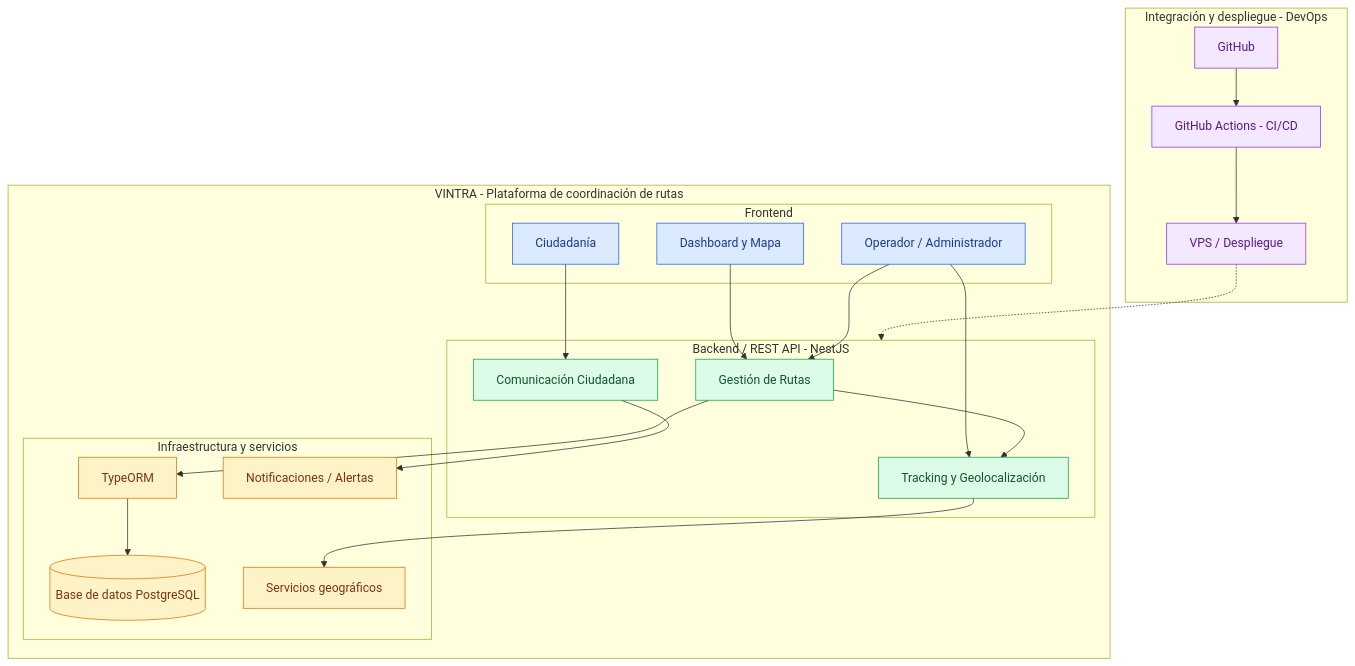
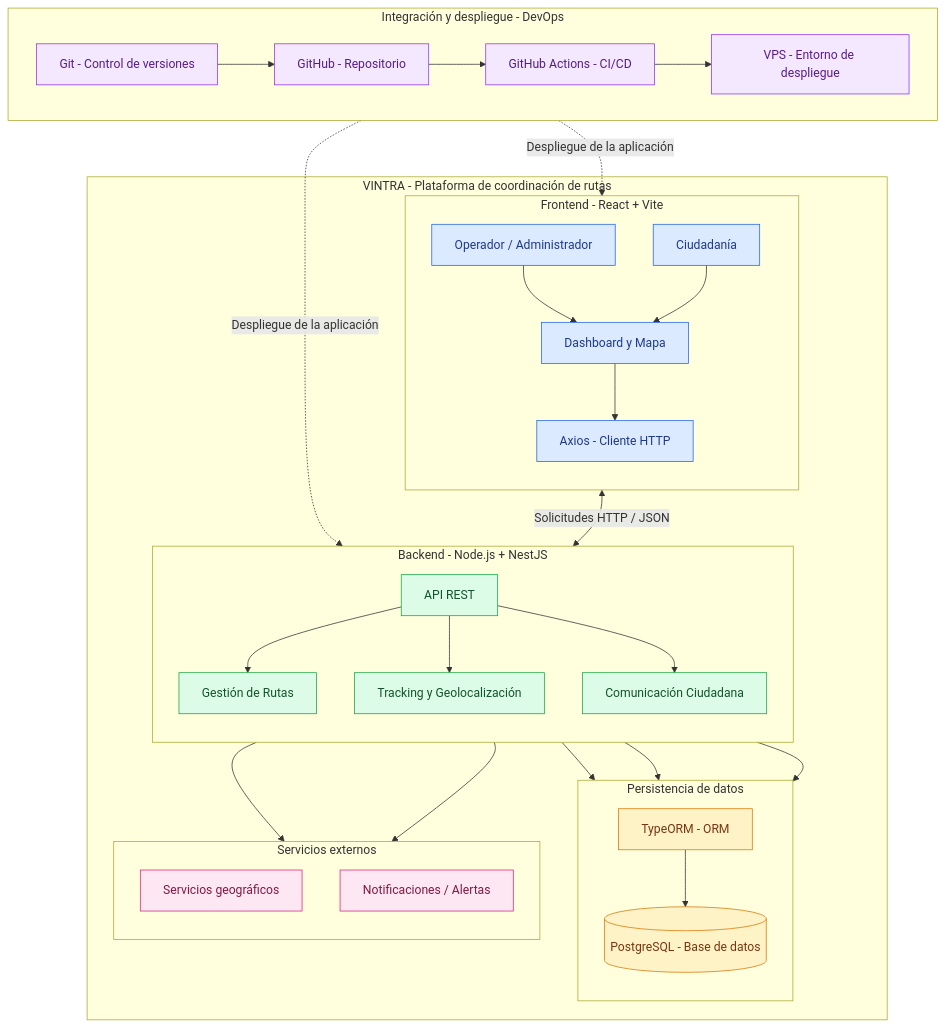
Before and after one commit to Univalle-P-I/VINTRA: the diagram in docs/arquitectura/README.md, drawn with Mermaid. The commit also changed other lines of this file, not shown here.

````diff
--- a/docs/arquitectura/README.md
+++ b/docs/arquitectura/README.md
@@ -86,58 +105,80 @@
 ```mermaid
 flowchart TB
 
     subgraph SISTEMA["VINTRA - Plataforma de coordinación de rutas"]
 
-        subgraph FRONTEND["Frontend"]
+        subgraph FRONTEND["Frontend - React + Vite"]
+            direction TB
             F1["Dashboard y Mapa"]
             F2["Operador / Administrador"]
             F3["Ciudadanía"]
+            F4["Axios - Cliente HTTP"]
+            
+            F1 --> F4
+            F2 --> F1
+            F3 --> F1
         end
 
-        subgraph BACKEND["Backend / REST API - NestJS"]
+        subgraph BACKEND["Backend - Node.js + NestJS"]
+            direction TB
+            B0["API REST"]
             B1["Gestión de Rutas"]
             B2["Tracking y Geolocalización"]
             B3["Comunicación Ciudadana"]
+
+            B0 --> B1
+            B0 --> B2
+            B0 --> B3
         end
 
-        subgraph INFRA["Infraestructura y servicios"]
-            D1[("Base de datos PostgreSQL")]
-            D2["TypeORM"]
-            D3["Servicios geográficos"]
-            D4["Notificaciones / Alertas"]
+        subgraph PERSISTENCIA["Persistencia de datos"]
+            direction TB
+            D1["TypeORM - ORM"]
+            D2[("PostgreSQL - Base de datos")]
+            D1 --> D2
         end
+
+        subgraph SERVICIOS["Servicios externos"]
+            direction TB
+            S1["Servicios geográficos"]
+            S2["Notificaciones / Alertas"]
+        end
+
+        F4 <-->|"Solicitudes HTTP / JSON"| B0
+
+        B1 --> D1
+        B2 --> D1
+        B3 --> D1
+
+        B2 --> S1
+        B3 --> S2
 
     end
 
     subgraph DEVOPS["Integración y despliegue - DevOps"]
-        C1["GitHub"]
-        C2["GitHub Actions - CI/CD"]
-        C3["VPS / Despliegue"]
+        direction LR
+        C1["Git - Control de versiones"]
+        C2["GitHub - Repositorio"]
+        C3["GitHub Actions - CI/CD"]
+        C4["VPS - Entorno de despliegue"]
+
+        C1 --> C2
+        C2 --> C3
+        C3 --> C4
     end
 
-    F1 --> B1
-    F2 --> B1
-    F2 --> B2
-    F3 --> B3
-
-    B1 --> B2
-    B1 --> D2
-    B2 --> D3
-    B3 --> D4
-
-    D2 --> D1
-
-    C1 --> C2
-    C2 --> C3
-    C3 -.-> BACKEND
+    C4 -.->|"Despliegue de la aplicación"| FRONTEND
+    C4 -.->|"Despliegue de la aplicación"| BACKEND
 
     classDef frontend fill:#dbeafe,stroke:#2563eb,color:#1e3a8a
     classDef backend fill:#dcfce7,stroke:#16a34a,color:#14532d
     classDef database fill:#fef3c7,stroke:#d97706,color:#78350f
+    classDef services fill:#fce7f3,stroke:#db2777,color:#831843
     classDef devops fill:#f3e8ff,stroke:#9333ea,color:#581c87
 
-    class F1,F2,F3 frontend
-    class B1,B2,B3 backend
-    class D1,D2,D3,D4 database
-    class C1,C2,C3 devops
+    class F1,F2,F3,F4 frontend
+    class B0,B1,B2,B3 backend
+    class D1,D2 database
+    class S1,S2 services
+    class C1,C2,C3,C4 devops
 ```
````
